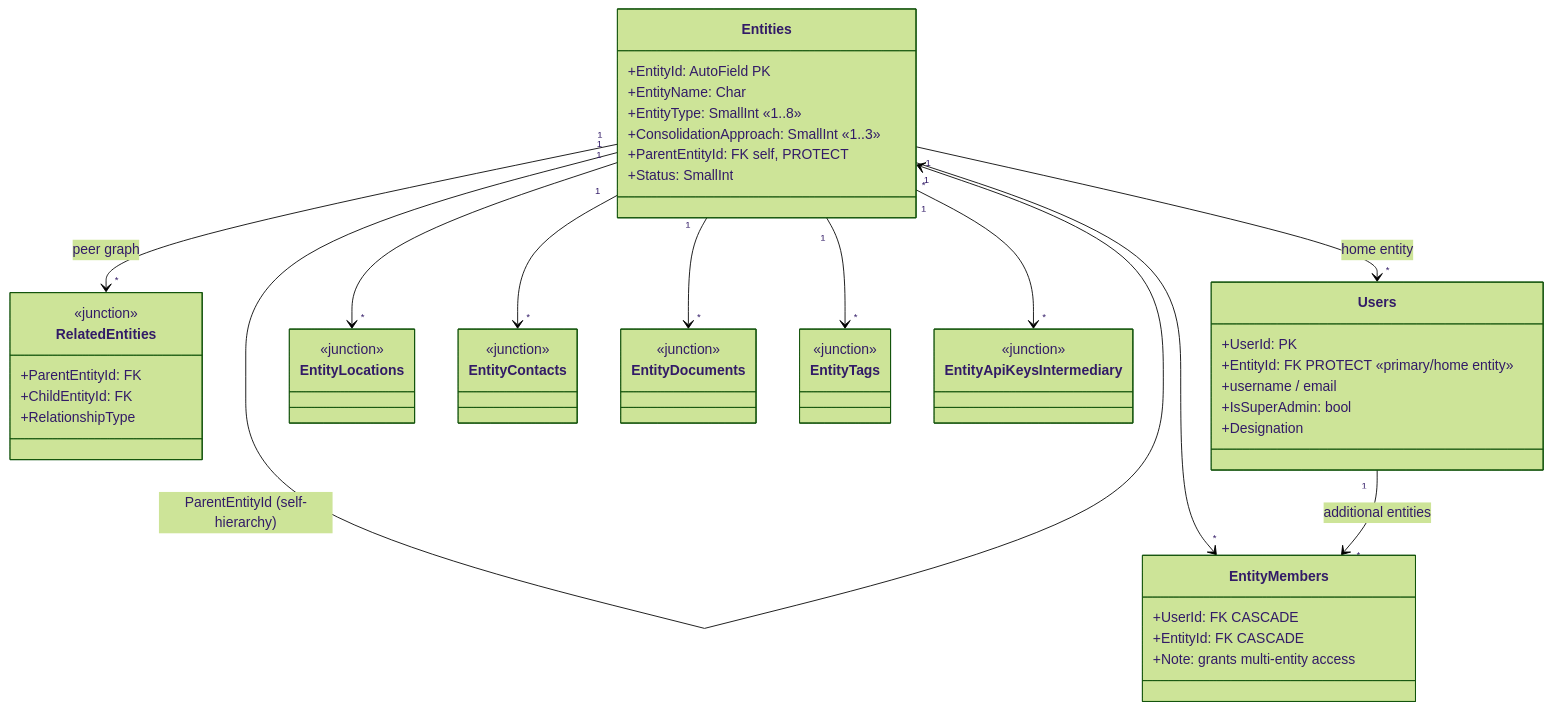
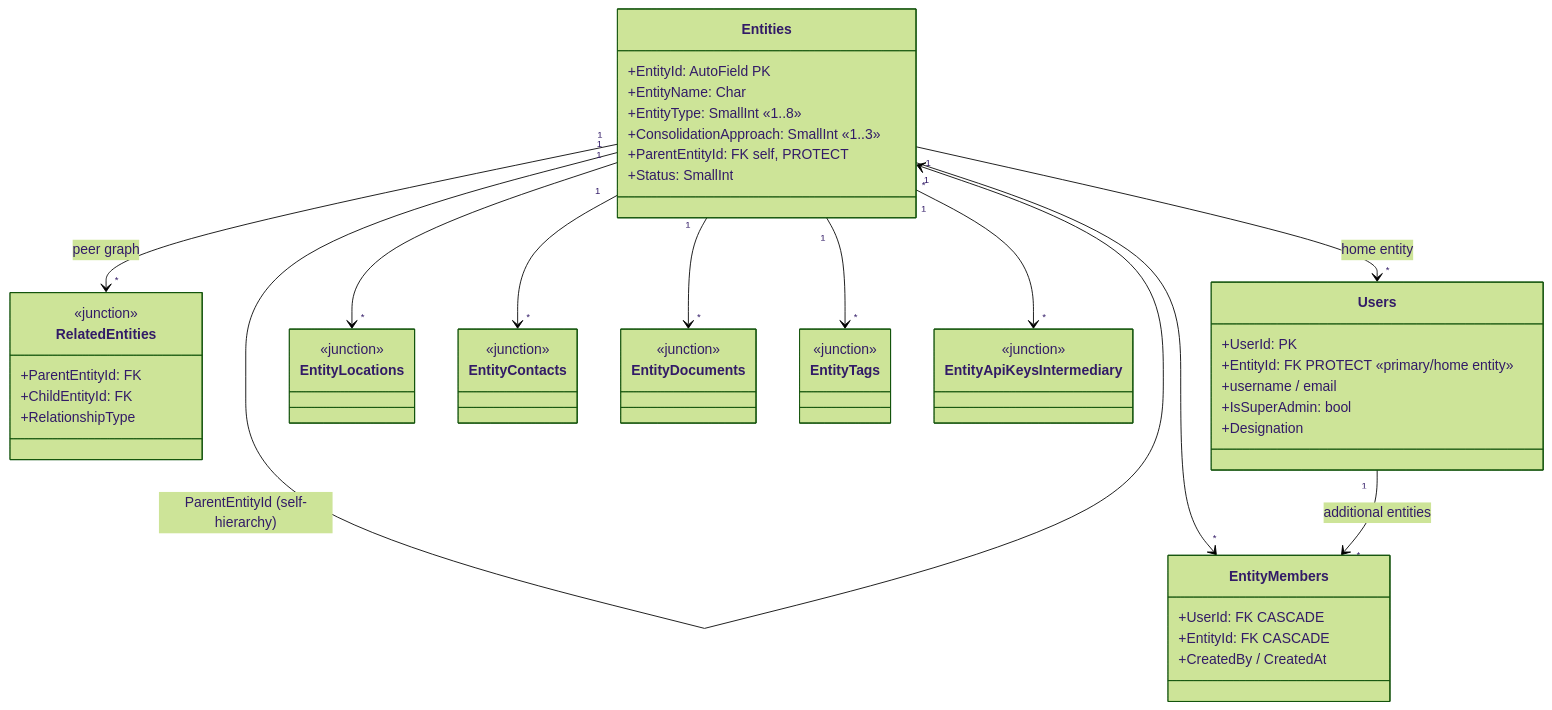
Before and after one commit to Software-Lifecycle-Consultants/SusDevOS-Pro: the first of 4 diagrams in docs/diagrams/uml/02-domain-tenancy-rbac.md, drawn with Mermaid (forest theme). The commit also changed other lines of this file and 23 other files, not shown here.

````diff
--- a/docs/diagrams/uml/02-domain-tenancy-rbac.md
+++ b/docs/diagrams/uml/02-domain-tenancy-rbac.md
@@ -7,51 +10,52 @@
 ```mermaid
 classDiagram
     direction TB
 
     class Entities {
         +EntityId: AutoField PK
         +EntityName: Char
         +EntityType: SmallInt «1..8»
         +ConsolidationApproach: SmallInt «1..3»
         +ParentEntityId: FK self, PROTECT
         +Status: SmallInt
     }
 
     class RelatedEntities {
         <<junction>>
         +ParentEntityId: FK
         +ChildEntityId: FK
         +RelationshipType
     }
 
     class EntityMembers {
         +UserId: FK CASCADE
         +EntityId: FK CASCADE
-        +Note: grants multi-entity access
+        +CreatedBy / CreatedAt
+        %% grants multi-entity access
     }
 
     class Users {
         +UserId: PK
         +EntityId: FK PROTECT «primary/home entity»
         +username / email
         +IsSuperAdmin: bool
         +Designation
     }
 
     class EntityLocations { <<junction>> }
     class EntityContacts { <<junction>> }
     class EntityDocuments { <<junction>> }
     class EntityTags { <<junction>> }
     class EntityApiKeysIntermediary { <<junction>> }
 
     Entities "1" --> "*" Entities : ParentEntityId (self-hierarchy)
     Entities "1" --> "*" RelatedEntities : peer graph
     Entities "1" --> "*" Users : home entity
     Entities "1" --> "*" EntityMembers
     Users "1" --> "*" EntityMembers : additional entities
     Entities "1" --> "*" EntityLocations
     Entities "1" --> "*" EntityContacts
     Entities "1" --> "*" EntityDocuments
     Entities "1" --> "*" EntityTags
     Entities "1" --> "*" EntityApiKeysIntermediary
 ```
````
